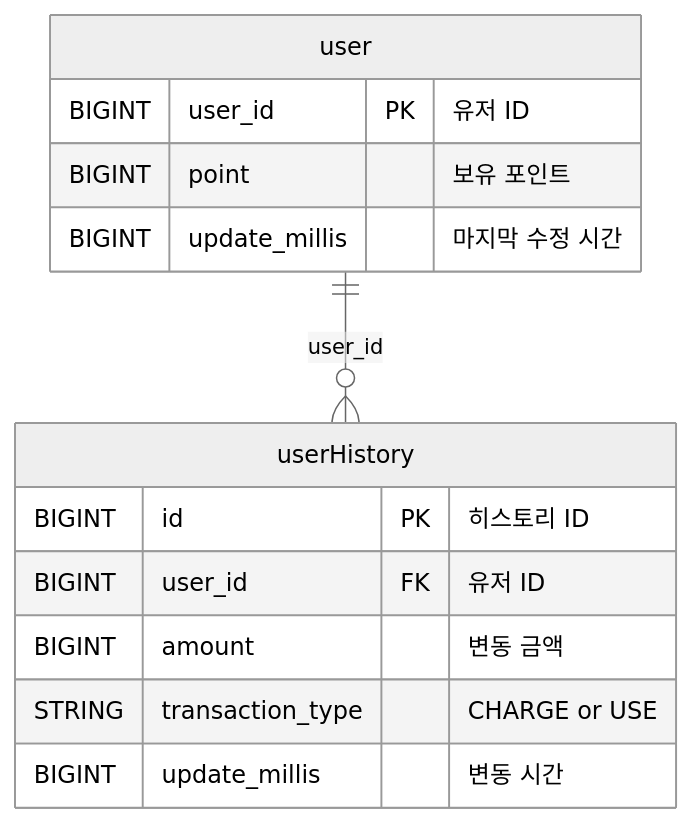
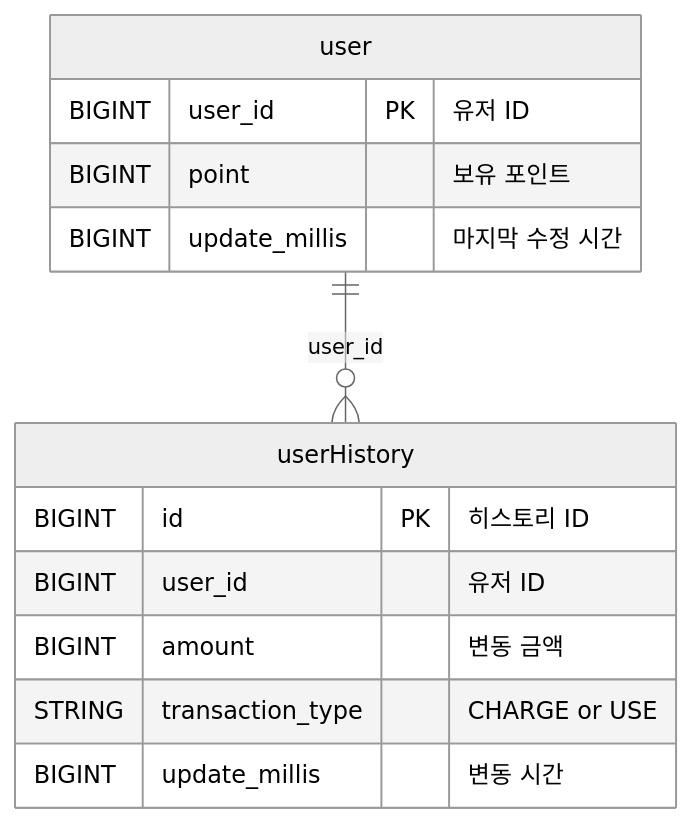
One commit to ho-jaeee/hhplus-tdd-ecommerce changed the diagram in Diagram/user_ERD.md. Above: the diagram before and after it, drawn with Mermaid (neutral theme).

````diff
--- a/Diagram/user_ERD.md
+++ b/Diagram/user_ERD.md
@@ -1,19 +1,19 @@
 ```mermaid
 erDiagram
     user {
         BIGINT user_id PK "유저 ID"
         BIGINT point "보유 포인트"
         BIGINT update_millis "마지막 수정 시간"
     }
 
     userHistory {
         BIGINT id PK "히스토리 ID"
-        BIGINT user_id FK "유저 ID"
+        BIGINT user_id "유저 ID"
         BIGINT amount "변동 금액"
         STRING transaction_type "CHARGE or USE"
         BIGINT update_millis "변동 시간"
     }
 
     user ||--o{ userHistory : user_id
 
 ```
````
